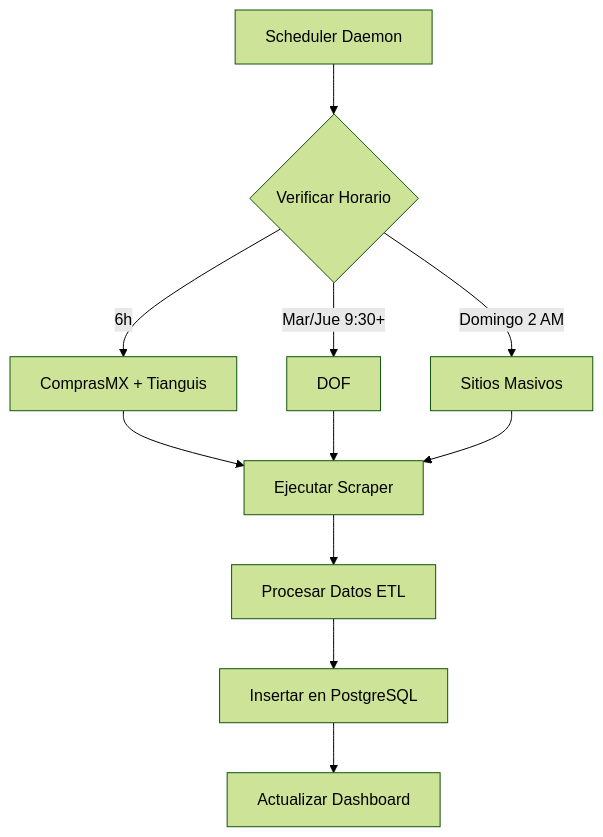
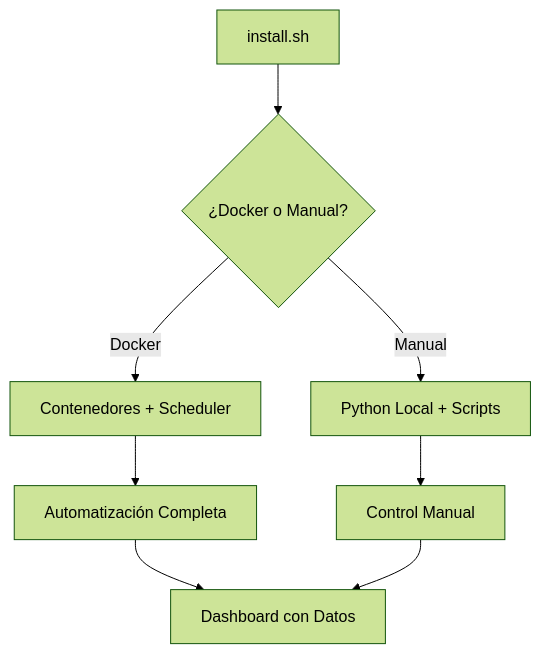
The diagram in README.md (abueloide/paloma-licitera-new), drawn with Mermaid (forest theme) before and after one commit. The commit also changed other lines of this file, not shown here.

Commit message:
feat: Update README with new install.sh as primary installation method

````diff
--- a/README.md
+++ b/README.md
@@ -183,13 +168,10 @@
 ```mermaid
 graph TD
-    A[Scheduler Daemon] --> B{Verificar Horario}
-    B -->|6h| C[ComprasMX + Tianguis]
-    B -->|Mar/Jue 9:30+| D[DOF]
-    B -->|Domingo 2 AM| E[Sitios Masivos]
-    C --> F[Ejecutar Scraper]
-    D --> F
-    E --> F
-    F --> G[Procesar Datos ETL]
-    G --> H[Insertar en PostgreSQL]
-    H --> I[Actualizar Dashboard]
+    A[install.sh] --> B{¿Docker o Manual?}
+    B -->|Docker| C[Contenedores + Scheduler]
+    B -->|Manual| D[Python Local + Scripts]
+    C --> E[Automatización Completa]
+    D --> F[Control Manual]
+    E --> G[Dashboard con Datos]
+    F --> G
 ```
````
